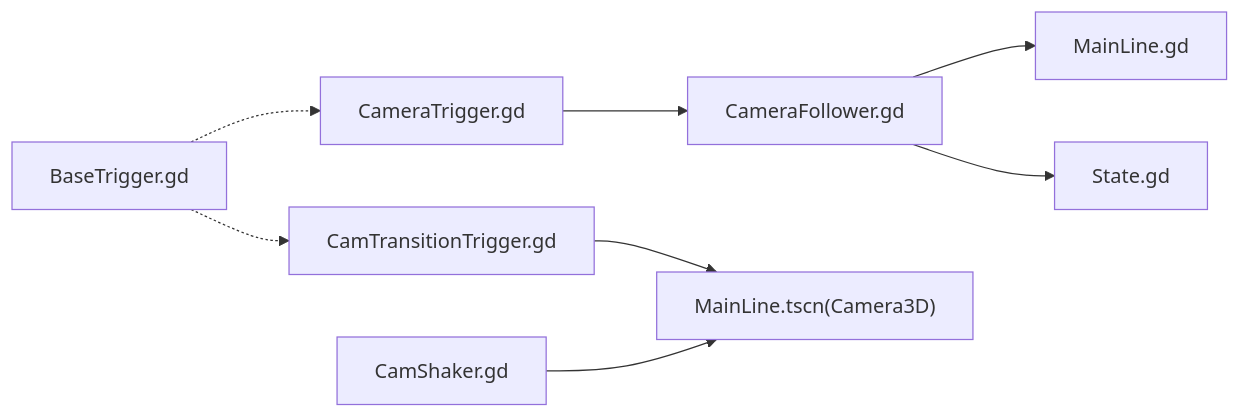
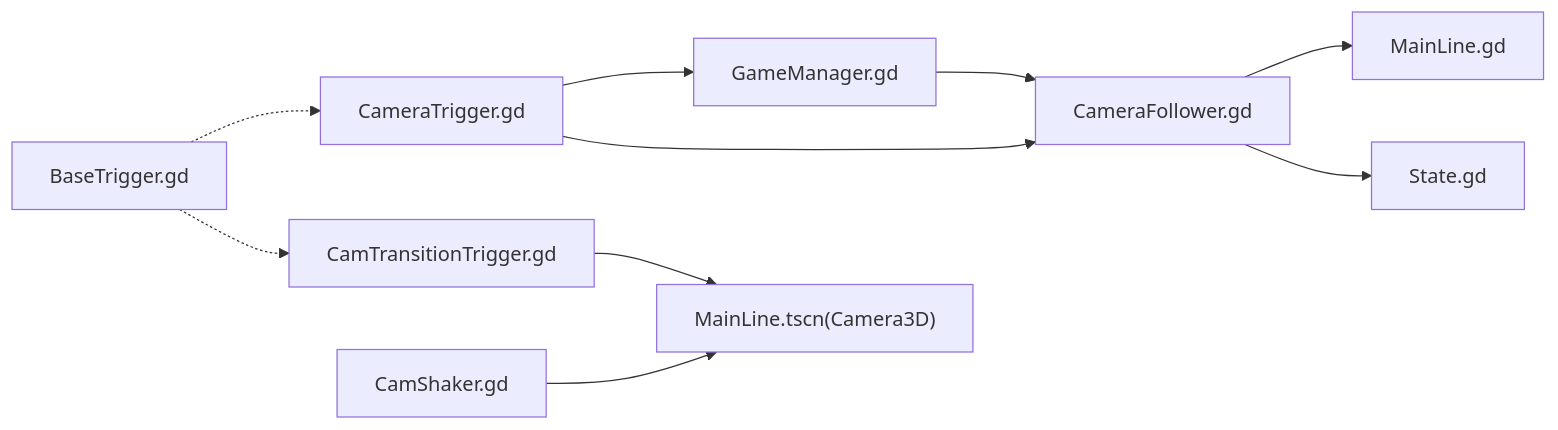
The eighth of 8 diagrams in .qoder/repowiki/zh/content/游戏系统/触发器系统/相机触发器.md (godotline/godot-line), drawn with Mermaid before and after one commit. The commit also changed other lines of this file and 212 other files, not shown here.

````diff
--- a/.qoder/repowiki/zh/content/游戏系统/触发器系统/相机触发器.md
+++ b/.qoder/repowiki/zh/content/游戏系统/触发器系统/相机触发器.md
@@ -362,10 +416,12 @@
 ```mermaid
 graph LR
-CT["CameraTrigger.gd"] --> CF["CameraFollower.gd"]
+CT["CameraTrigger.gd"] --> GM["GameManager.gd"]
+CT --> CF["CameraFollower.gd"]
 CTT["CamTransitionTrigger.gd"] --> SCN["MainLine.tscn(Camera3D)"]
 CF --> ML["MainLine.gd"]
 CF --> ST["State.gd"]
+GM --> CF
 CS["CamShaker.gd"] --> SCN
 BT["BaseTrigger.gd"] -.-> CT
 BT -.-> CTT
 ```
````
